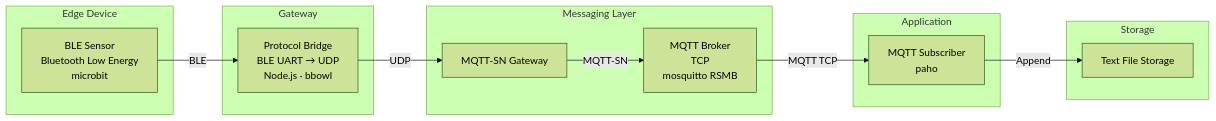
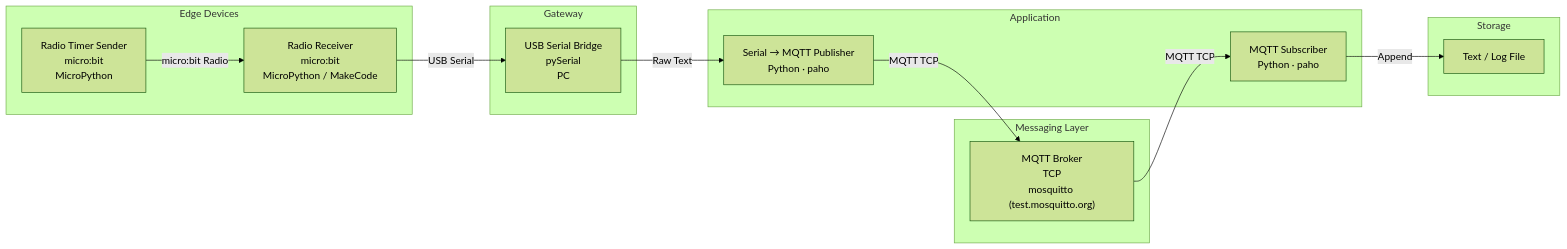
Before and after one commit to BullViper/MicroBit-MQTT-Transfer: the diagram in README.md, drawn with Mermaid (forest theme). The commit also changed other lines of this file, not shown here.

````diff
--- a/README.md
+++ b/README.md
@@ -19,32 +19,33 @@
 ```mermaid
 flowchart LR
 
-    subgraph Edge["Edge Device"]
-        BLE["BLE Sensor<br/>Bluetooth Low Energy<br/>microbit"]
+    subgraph Edge["Edge Devices"]
+        TX["Radio Timer Sender<br/>micro:bit<br/>MicroPython"]
+        RX["Radio Receiver<br/>micro:bit<br/>MicroPython / MakeCode"]
     end
 
     subgraph Gateway["Gateway"]
-        Bridge["Protocol Bridge<br/>BLE UART → UDP<br/>Node.js · bbowl"]
+        Serial["USB Serial Bridge<br/>pySerial<br/>PC"]
     end
 
     subgraph Messaging["Messaging Layer"]
-        SN["MQTT-SN Gateway"]
-        Broker["MQTT Broker<br/>TCP<br/>mosquitto RSMB"]
+        Broker["MQTT Broker<br/>TCP<br/>mosquitto (test.mosquitto.org)"]
     end
 
     subgraph App["Application"]
-        Sub["MQTT Subscriber<br/>paho"]
+        Pub["Serial → MQTT Publisher<br/>Python · paho"]
+        Sub["MQTT Subscriber<br/>Python · paho"]
     end
 
     subgraph Storage["Storage"]
-        File["Text File Storage"]
+        File["Text / Log File"]
     end
 
-    BLE -->|BLE| Bridge
-    Bridge -->|UDP| SN
-    SN -->|MQTT-SN| Broker
+    TX -->|micro:bit Radio| RX
+    RX -->|USB Serial| Serial
+    Serial -->|Raw Text| Pub
+    Pub -->|MQTT TCP| Broker
     Broker -->|MQTT TCP| Sub
     Sub -->|Append| File
 
-
 ```
````
